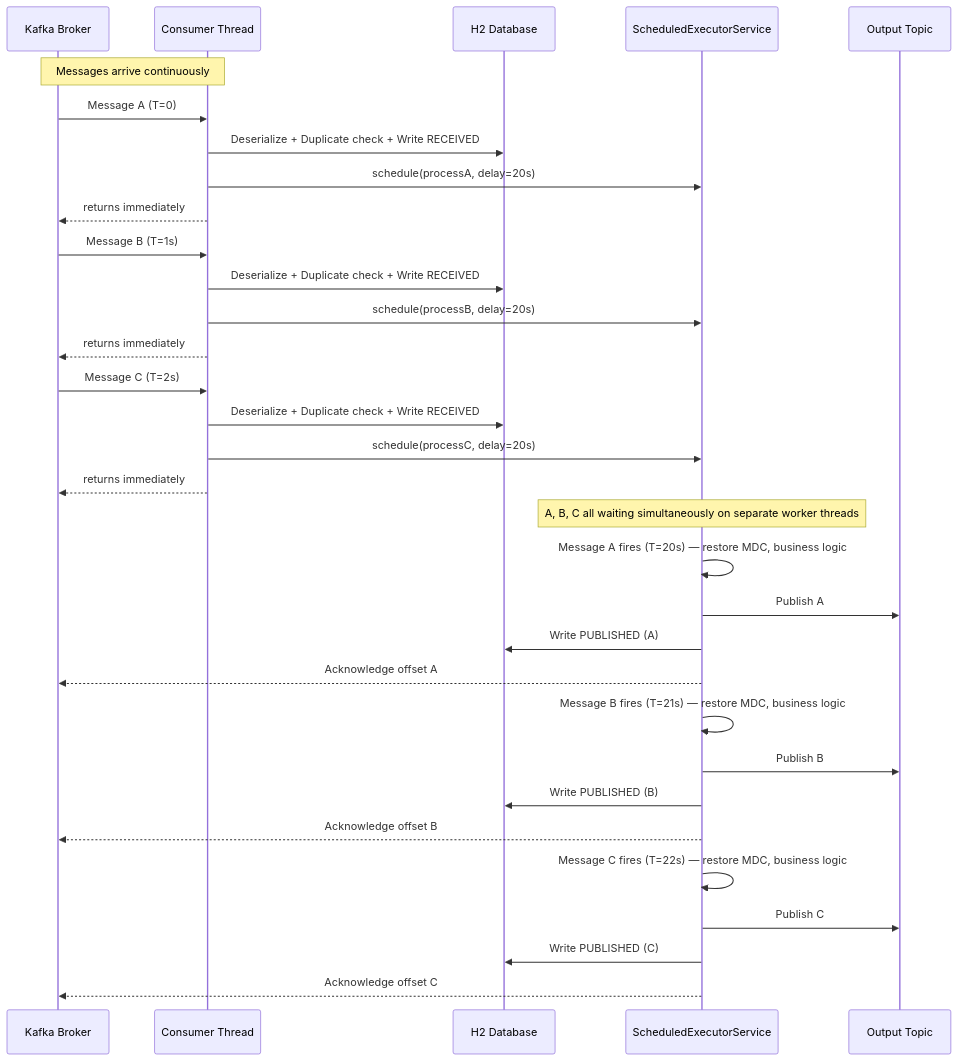
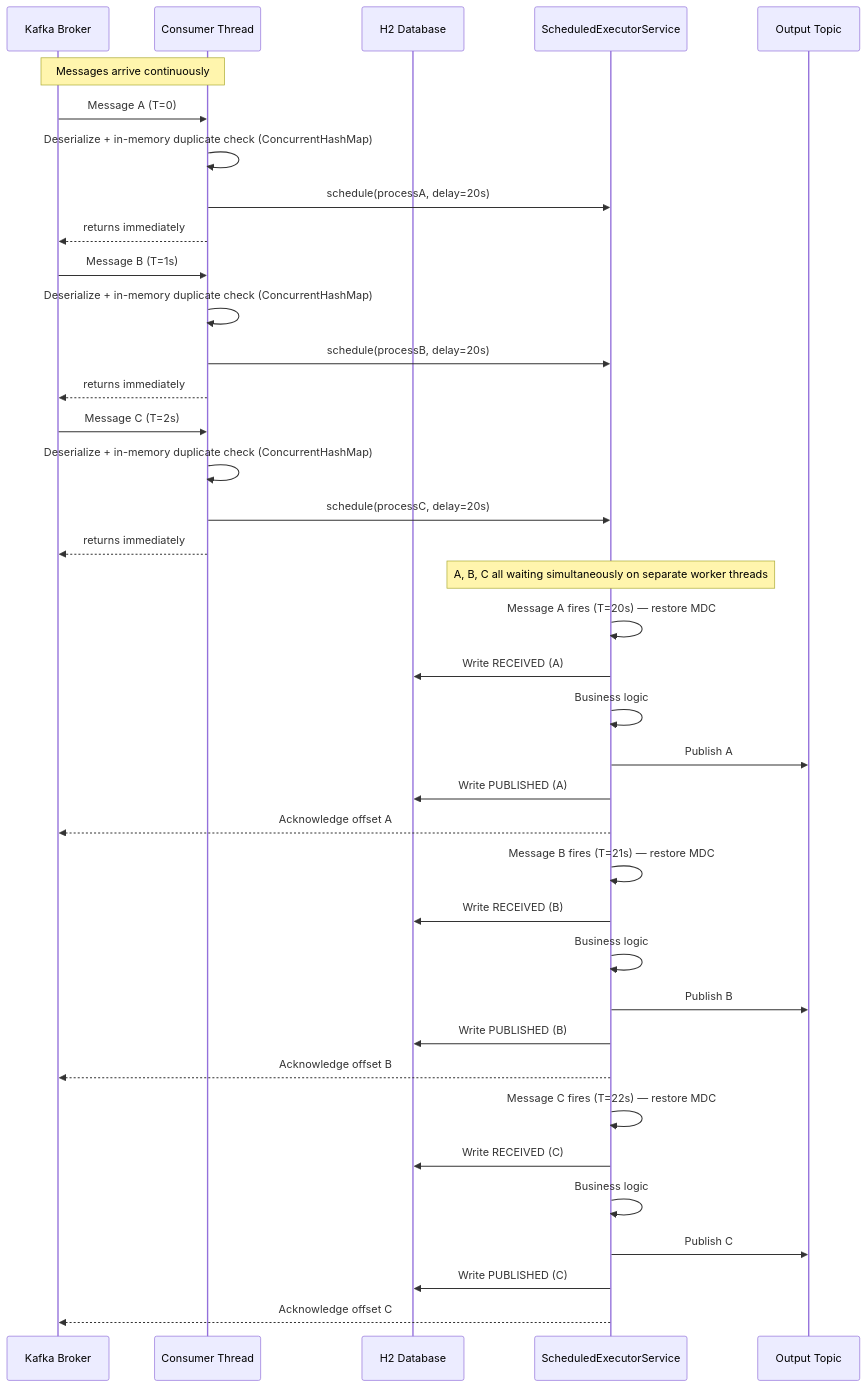
The second of 2 diagrams in README.md (thzero/kafka-reader-example), drawn with Mermaid before and after one commit. The commit also changed other lines of this file and 29 other files, not shown here.

First line of the commit message:
refactor: two-layer duplicate detection — in-memory gate on consumer thread, DB constraint on worker

````diff
--- a/README.md
+++ b/README.md
@@ -68,42 +66,48 @@
 ```mermaid
 sequenceDiagram
     participant K as Kafka Broker
     participant CT as Consumer Thread
     participant DB as H2 Database
     participant SE as ScheduledExecutorService
     participant OP as Output Topic
 
     Note over K,CT: Messages arrive continuously
 
     K->>CT: Message A (T=0)
-    CT->>DB: Deserialize + Duplicate check + Write RECEIVED
+    CT->>CT: Deserialize + in-memory duplicate check (ConcurrentHashMap)
     CT->>SE: schedule(processA, delay=20s)
     CT-->>K: returns immediately
 
     K->>CT: Message B (T=1s)
-    CT->>DB: Deserialize + Duplicate check + Write RECEIVED
+    CT->>CT: Deserialize + in-memory duplicate check (ConcurrentHashMap)
     CT->>SE: schedule(processB, delay=20s)
     CT-->>K: returns immediately
 
     K->>CT: Message C (T=2s)
-    CT->>DB: Deserialize + Duplicate check + Write RECEIVED
+    CT->>CT: Deserialize + in-memory duplicate check (ConcurrentHashMap)
     CT->>SE: schedule(processC, delay=20s)
     CT-->>K: returns immediately
 
     Note over SE: A, B, C all waiting simultaneously on separate worker threads
 
-    SE->>SE: Message A fires (T=20s) — restore MDC, business logic
+    SE->>SE: Message A fires (T=20s) — restore MDC
+    SE->>DB: Write RECEIVED (A)
+    SE->>SE: Business logic
     SE->>OP: Publish A
     SE->>DB: Write PUBLISHED (A)
     SE-->>K: Acknowledge offset A
 
-    SE->>SE: Message B fires (T=21s) — restore MDC, business logic
+    SE->>SE: Message B fires (T=21s) — restore MDC
+    SE->>DB: Write RECEIVED (B)
+    SE->>SE: Business logic
     SE->>OP: Publish B
     SE->>DB: Write PUBLISHED (B)
     SE-->>K: Acknowledge offset B
 
-    SE->>SE: Message C fires (T=22s) — restore MDC, business logic
+    SE->>SE: Message C fires (T=22s) — restore MDC
+    SE->>DB: Write RECEIVED (C)
+    SE->>SE: Business logic
     SE->>OP: Publish C
     SE->>DB: Write PUBLISHED (C)
     SE-->>K: Acknowledge offset C
 ```
````
